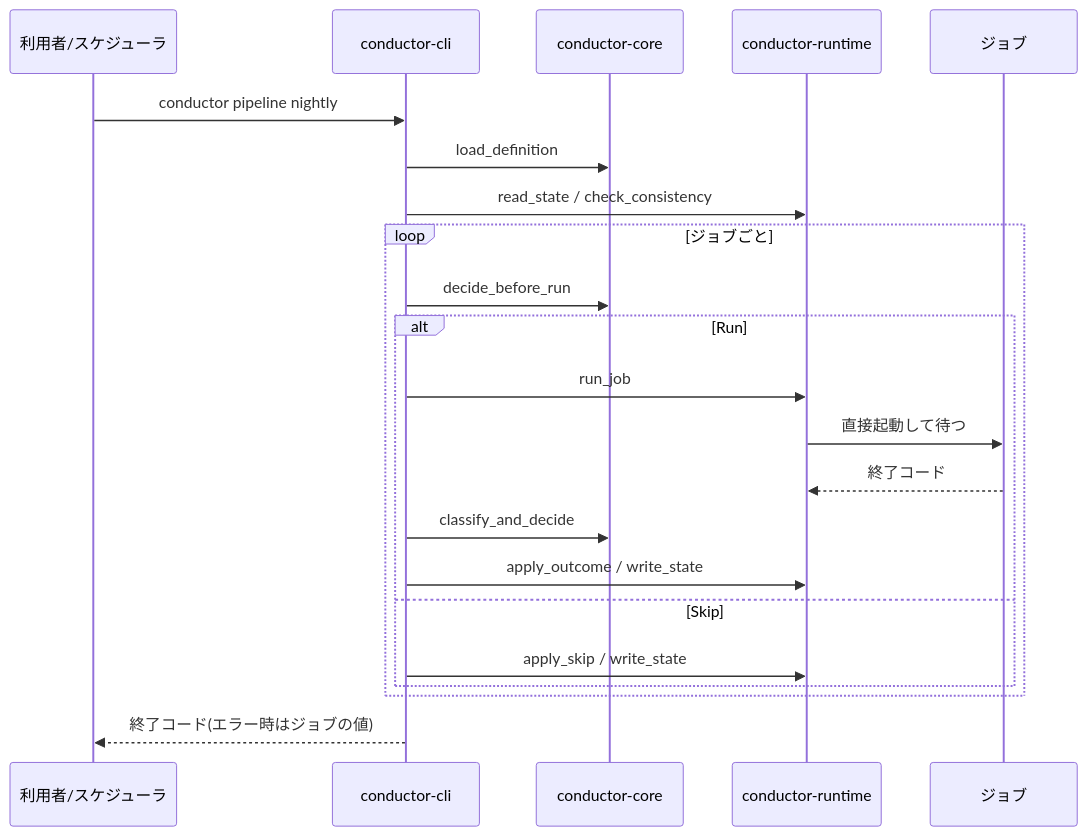
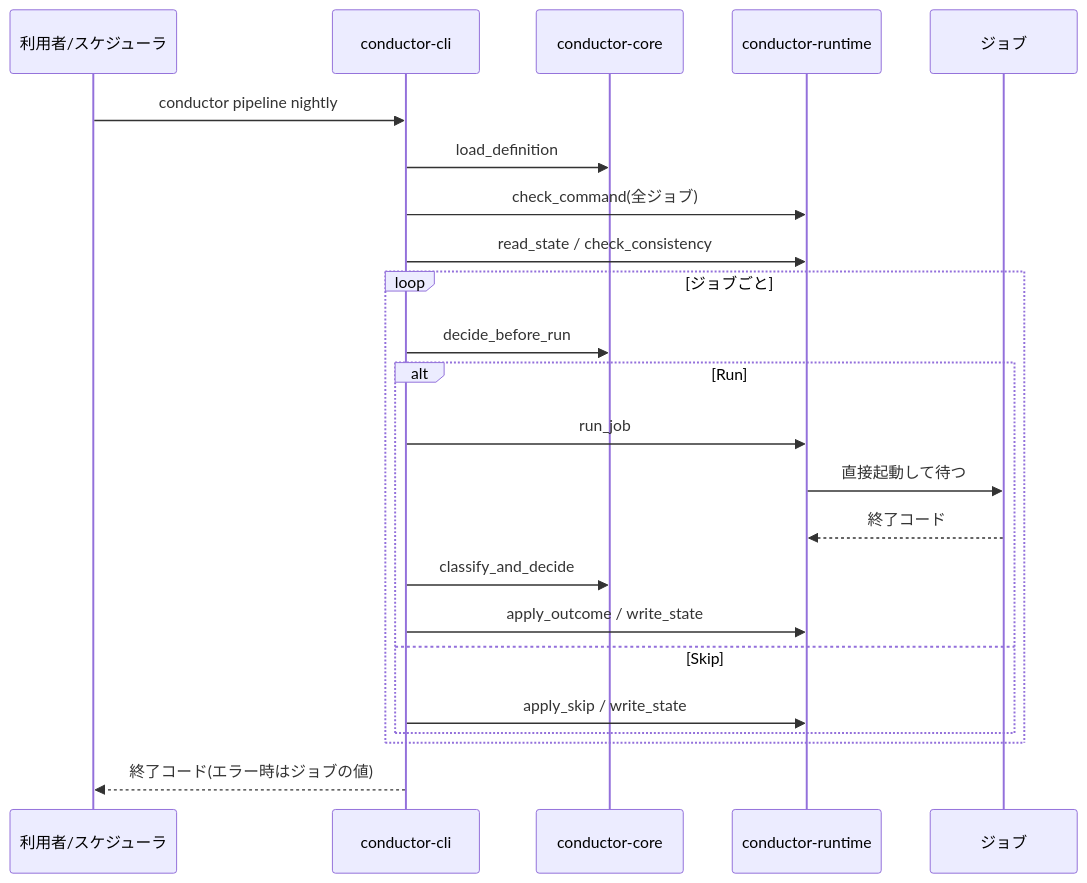
One commit to agwlvssainokuni/rust-job-conductor changed the second of 3 diagrams in aidlc/spaces/default/codekb/rust-job-conductor/architecture.md. Above: the diagram before and after it, drawn with Mermaid. The commit also changed other lines of this file and 13 other files, not shown here.

````diff
--- a/aidlc/spaces/default/codekb/rust-job-conductor/architecture.md
+++ b/aidlc/spaces/default/codekb/rust-job-conductor/architecture.md
@@ -40,24 +58,25 @@
 ```mermaid
 sequenceDiagram
   participant U as 利用者/スケジューラ
   participant C as conductor-cli
   participant K as conductor-core
   participant R as conductor-runtime
   participant J as ジョブ
   U->>C: conductor pipeline nightly
   C->>K: load_definition
+  C->>R: check_command(全ジョブ)
   C->>R: read_state / check_consistency
   loop ジョブごと
     C->>K: decide_before_run
     alt Run
       C->>R: run_job
       R->>J: 直接起動して待つ
       J-->>R: 終了コード
       C->>K: classify_and_decide
       C->>R: apply_outcome / write_state
     else Skip
       C->>R: apply_skip / write_state
     end
   end
   C-->>U: 終了コード(エラー時はジョブの値)
 ```
````
